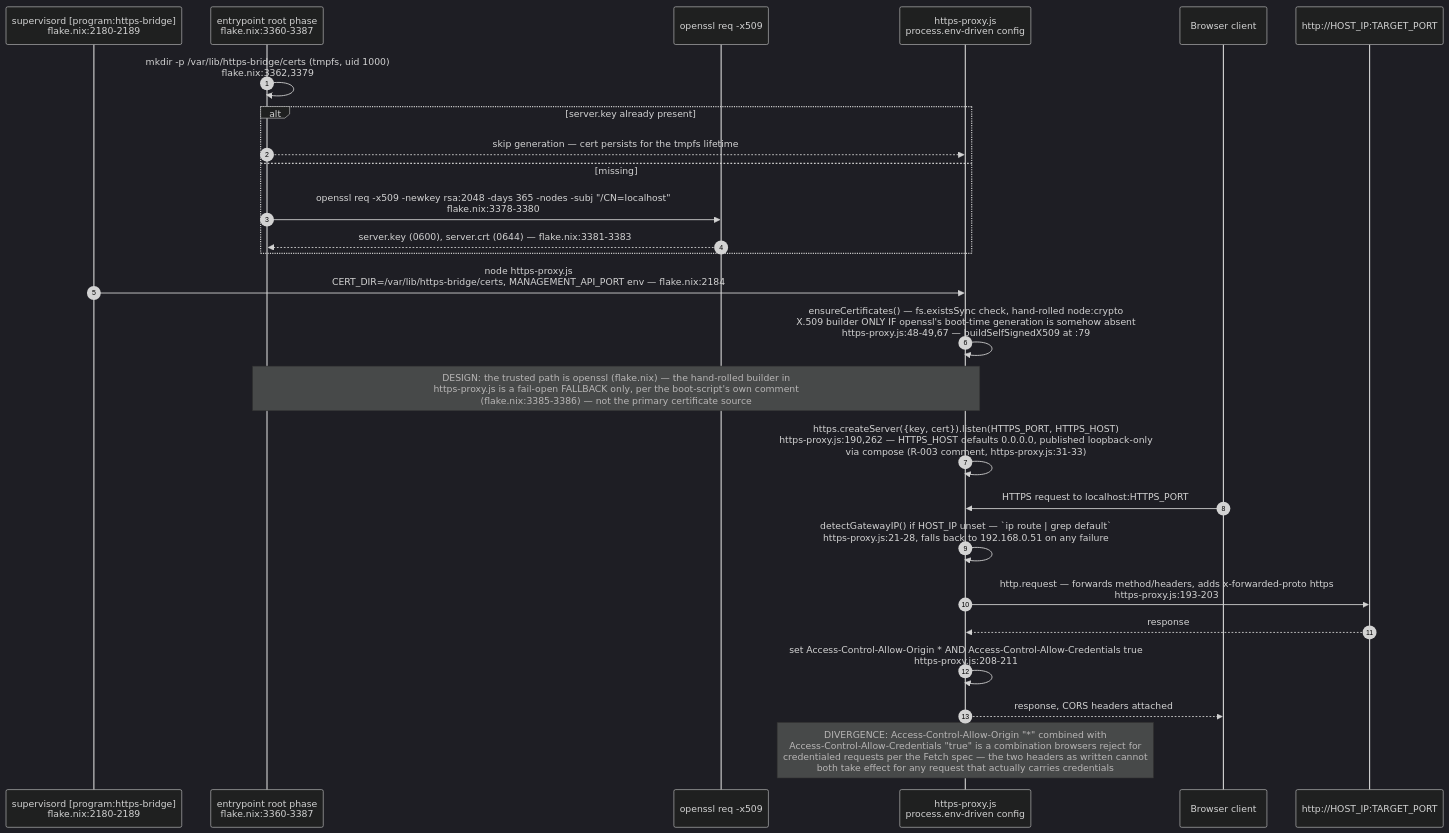
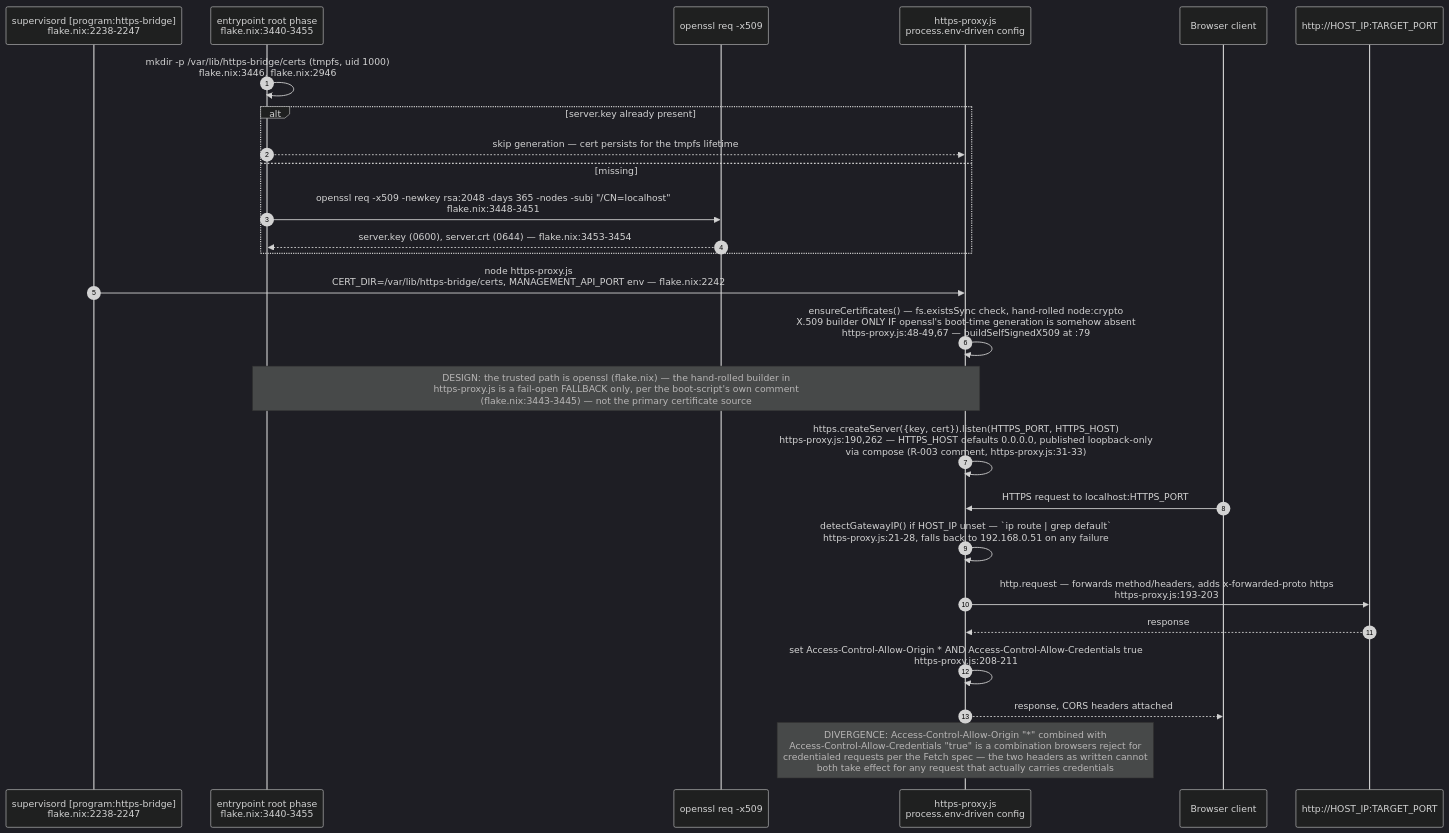
One commit to DreamLab-AI/VisionFlow changed the fourth of 5 diagrams in docs/diagrams/agentbox/30-supporting-services-secret-backup-setup-https-bridge.md. Above: the diagram before and after it, drawn with Mermaid (dark theme). The commit also changed other lines of this file and 28 other files, not shown here.

````diff
--- a/docs/diagrams/agentbox/30-supporting-services-secret-backup-setup-https-bridge.md
+++ b/docs/diagrams/agentbox/30-supporting-services-secret-backup-setup-https-bridge.md
@@ -121,29 +121,29 @@
 ```mermaid
 sequenceDiagram
     autonumber
-    participant SUP as supervisord [program:https-bridge]<br/>flake.nix:2180-2189
-    participant BOOT as entrypoint root phase<br/>flake.nix:3360-3387
+    participant SUP as supervisord [program:https-bridge]<br/>flake.nix:2238-2247
+    participant BOOT as entrypoint root phase<br/>flake.nix:3440-3455
     participant OSSL as openssl req -x509
     participant NODE as https-proxy.js<br/>process.env-driven config
     participant BROWSER as Browser client
     participant TARGET as http://HOST_IP:TARGET_PORT
 
-    BOOT->>BOOT: mkdir -p /var/lib/https-bridge/certs (tmpfs, uid 1000)<br/>flake.nix:3362,3379
+    BOOT->>BOOT: mkdir -p /var/lib/https-bridge/certs (tmpfs, uid 1000)<br/>flake.nix:3446, flake.nix:2946
     alt server.key already present
         BOOT-->>NODE: skip generation — cert persists for the tmpfs lifetime
     else missing
-        BOOT->>OSSL: openssl req -x509 -newkey rsa:2048 -days 365 -nodes -subj "/CN=localhost"<br/>flake.nix:3378-3380
-        OSSL-->>BOOT: server.key #40;0600#41;, server.crt #40;0644#41; — flake.nix:3381-3383
+        BOOT->>OSSL: openssl req -x509 -newkey rsa:2048 -days 365 -nodes -subj "/CN=localhost"<br/>flake.nix:3448-3451
+        OSSL-->>BOOT: server.key #40;0600#41;, server.crt #40;0644#41; — flake.nix:3453-3454
     end
-    SUP->>NODE: node https-proxy.js<br/>CERT_DIR=/var/lib/https-bridge/certs, MANAGEMENT_API_PORT env — flake.nix:2184
+    SUP->>NODE: node https-proxy.js<br/>CERT_DIR=/var/lib/https-bridge/certs, MANAGEMENT_API_PORT env — flake.nix:2242
     NODE->>NODE: ensureCertificates#40;#41; — fs.existsSync check, hand-rolled node:crypto<br/>X.509 builder ONLY IF openssl's boot-time generation is somehow absent<br/>https-proxy.js:48-49,67 — buildSelfSignedX509 at :79
-    Note over BOOT,NODE: DESIGN: the trusted path is openssl #40;flake.nix#41; — the hand-rolled builder in<br/>https-proxy.js is a fail-open FALLBACK only, per the boot-script's own comment<br/>#40;flake.nix:3385-3386#41; — not the primary certificate source
+    Note over BOOT,NODE: DESIGN: the trusted path is openssl #40;flake.nix#41; — the hand-rolled builder in<br/>https-proxy.js is a fail-open FALLBACK only, per the boot-script's own comment<br/>#40;flake.nix:3443-3445#41; — not the primary certificate source
     NODE->>NODE: https.createServer#40;{key, cert}#41;.listen#40;HTTPS_PORT, HTTPS_HOST#41;<br/>https-proxy.js:190,262 — HTTPS_HOST defaults 0.0.0.0, published loopback-only<br/>via compose #40;R-003 comment, https-proxy.js:31-33#41;
     BROWSER->>NODE: HTTPS request to localhost:HTTPS_PORT
     NODE->>NODE: detectGatewayIP#40;#41; if HOST_IP unset — `ip route | grep default`<br/>https-proxy.js:21-28, falls back to 192.168.0.51 on any failure
     NODE->>TARGET: http.request — forwards method/headers, adds x-forwarded-proto https<br/>https-proxy.js:193-203
     TARGET-->>NODE: response
     NODE->>NODE: set Access-Control-Allow-Origin * AND Access-Control-Allow-Credentials true<br/>https-proxy.js:208-211
     NODE-->>BROWSER: response, CORS headers attached
     Note over NODE: DIVERGENCE: Access-Control-Allow-Origin "*" combined with<br/>Access-Control-Allow-Credentials "true" is a combination browsers reject for<br/>credentialed requests per the Fetch spec — the two headers as written cannot<br/>both take effect for any request that actually carries credentials
 ```
````
